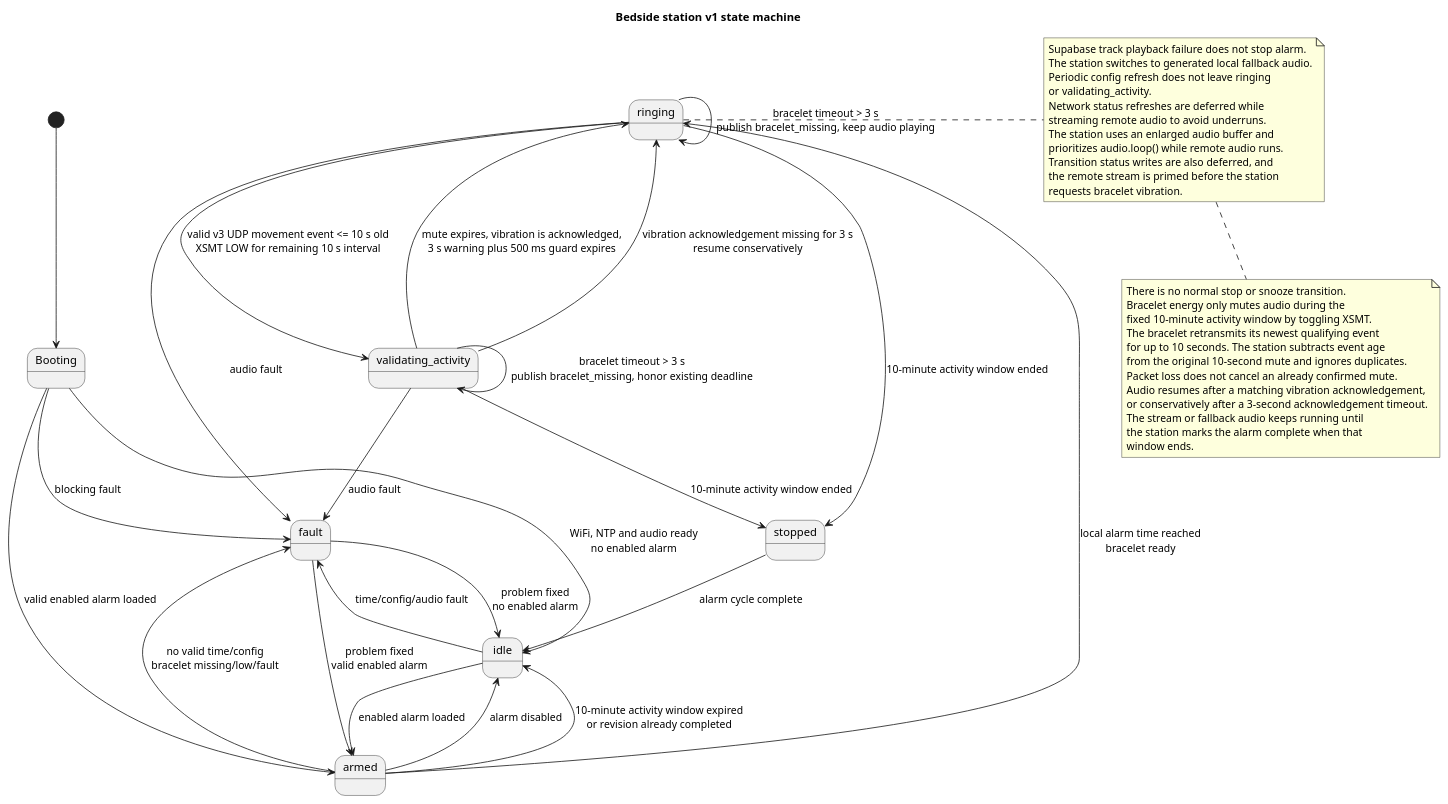
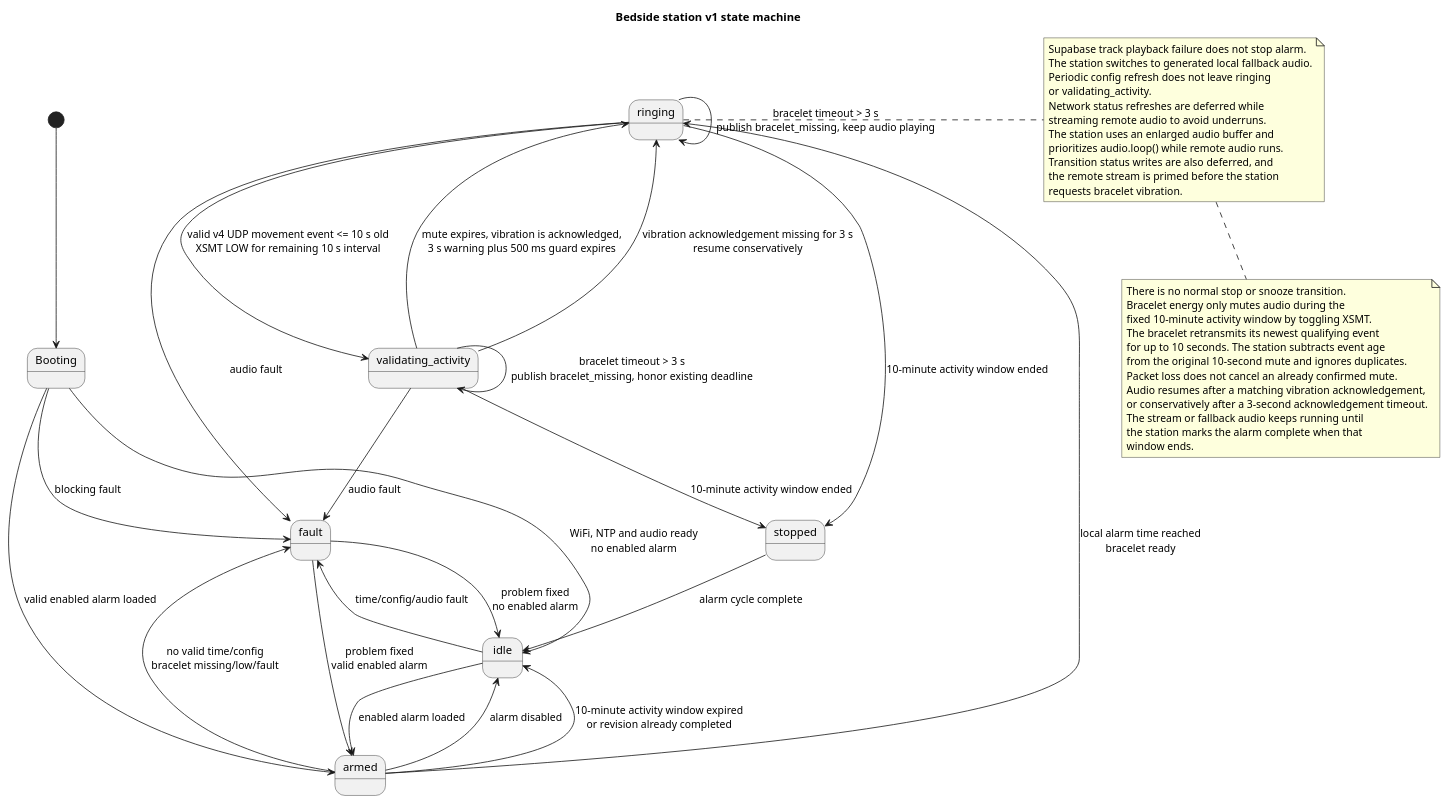
Before and after one commit to Jzn-wbr/Starter: the diagram in code/boite hp/UML/station_state_machine.puml, drawn with PlantUML. The commit also changed 17 other files, not shown here.

```diff
--- a/code/boite hp/UML/station_state_machine.puml
+++ b/code/boite hp/UML/station_state_machine.puml
@@ -1,62 +1,62 @@
 @startuml
 title Bedside station v1 state machine
 
 [*] --> Booting
 Booting --> idle : WiFi, NTP and audio ready\nno enabled alarm
 Booting --> armed : valid enabled alarm loaded
 Booting --> fault : blocking fault
 
 idle --> armed : enabled alarm loaded
 idle --> fault : time/config/audio fault
 
 armed --> idle : alarm disabled
 armed --> ringing : local alarm time reached\nbracelet ready
 armed --> idle : 10-minute activity window expired\nor revision already completed
 armed --> fault : no valid time/config\nbracelet missing/low/fault
 
-ringing --> validating_activity : valid v3 UDP movement event <= 10 s old\nXSMT LOW for remaining 10 s interval
+ringing --> validating_activity : valid v4 UDP movement event <= 10 s old\nXSMT LOW for remaining 10 s interval
 ringing --> stopped : 10-minute activity window ended
 ringing --> ringing : bracelet timeout > 3 s\npublish bracelet_missing, keep audio playing
 ringing --> fault : audio fault
 
 validating_activity --> ringing : mute expires, vibration is acknowledged,\n3 s warning plus 500 ms guard expires
 validating_activity --> ringing : vibration acknowledgement missing for 3 s\nresume conservatively
 validating_activity --> validating_activity : bracelet timeout > 3 s\npublish bracelet_missing, honor existing deadline
 validating_activity --> stopped : 10-minute activity window ended
 validating_activity --> fault : audio fault
 
 stopped --> idle : alarm cycle complete
 
 fault --> idle : problem fixed\nno enabled alarm
 fault --> armed : problem fixed\nvalid enabled alarm
 
 note right of ringing
 Supabase track playback failure does not stop alarm.
 The station switches to generated local fallback audio.
 Periodic config refresh does not leave ringing
 or validating_activity.
 Network status refreshes are deferred while
 streaming remote audio to avoid underruns.
 The station uses an enlarged audio buffer and
 prioritizes audio.loop() while remote audio runs.
 Transition status writes are also deferred, and
 the remote stream is primed before the station
 requests bracelet vibration.
 end note
 
 note bottom
 There is no normal stop or snooze transition.
 Bracelet energy only mutes audio during the
 fixed 10-minute activity window by toggling XSMT.
 The bracelet retransmits its newest qualifying event
 for up to 10 seconds. The station subtracts event age
 from the original 10-second mute and ignores duplicates.
 Packet loss does not cancel an already confirmed mute.
 Audio resumes after a matching vibration acknowledgement,
 or conservatively after a 3-second acknowledgement timeout.
 The stream or fallback audio keeps running until
 the station marks the alarm complete when that
 window ends.
 end note
 
 @enduml
```
